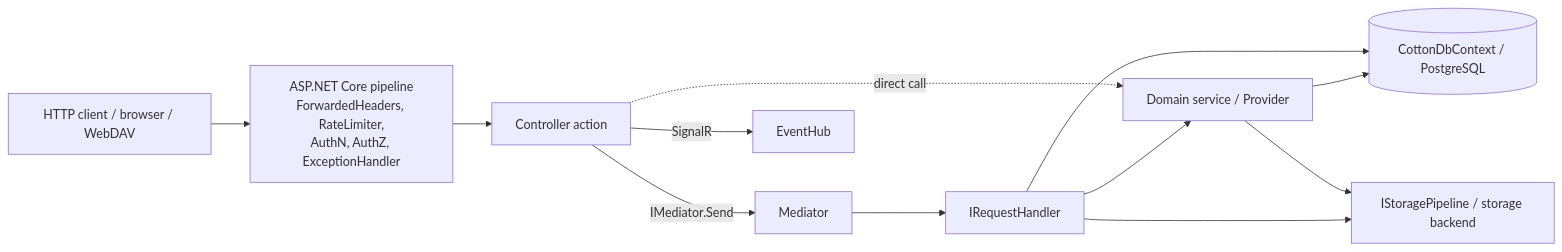
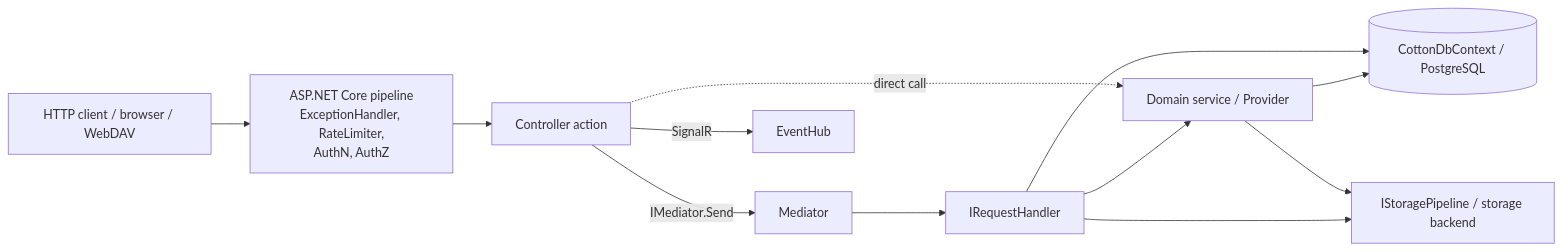
The first of 2 diagrams in docs/technical/12-http-api-mediator.md (bvdcode/cotton), drawn with Mermaid before and after one commit. The commit also changed other lines of this file and 11 other files, not shown here.

````diff
--- a/docs/technical/12-http-api-mediator.md
+++ b/docs/technical/12-http-api-mediator.md
@@ -16,14 +16,14 @@
 ```mermaid
 flowchart LR
-    Client[HTTP client / browser / WebDAV] --> MW[ASP.NET Core pipeline<br/>ForwardedHeaders, RateLimiter,<br/>AuthN, AuthZ, ExceptionHandler]
+    Client[HTTP client / browser / WebDAV] --> MW[ASP.NET Core pipeline<br/>ExceptionHandler, RateLimiter,<br/>AuthN, AuthZ]
     MW --> Ctl[Controller action]
     Ctl -->|IMediator.Send| Med[Mediator]
     Med --> H[IRequestHandler]
     Ctl -.->|direct call| Svc[Domain service / Provider]
     H --> Svc
     H --> Db[(CottonDbContext / PostgreSQL)]
     Svc --> Db
     Svc --> Store[IStoragePipeline / storage backend]
     H --> Store
     Ctl -->|SignalR| Hub[EventHub]
 ```
````
